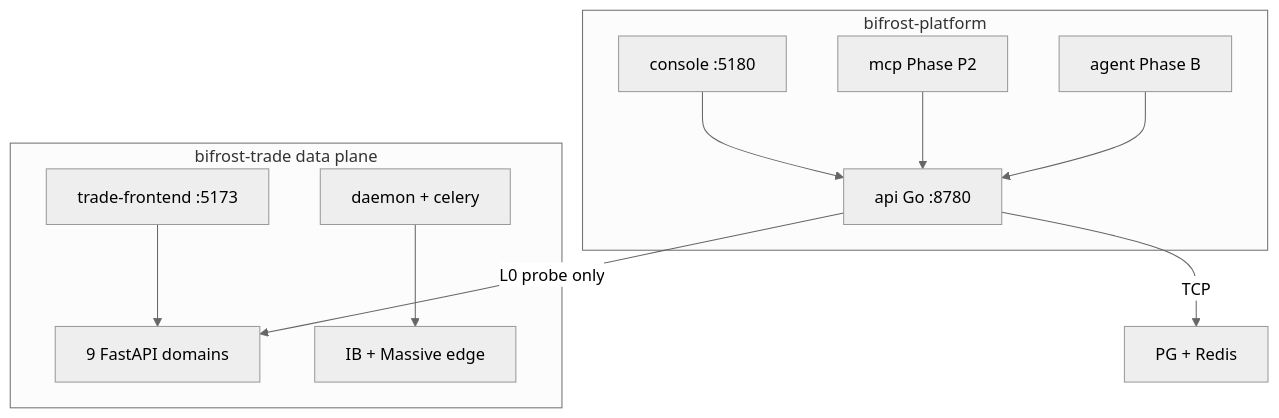
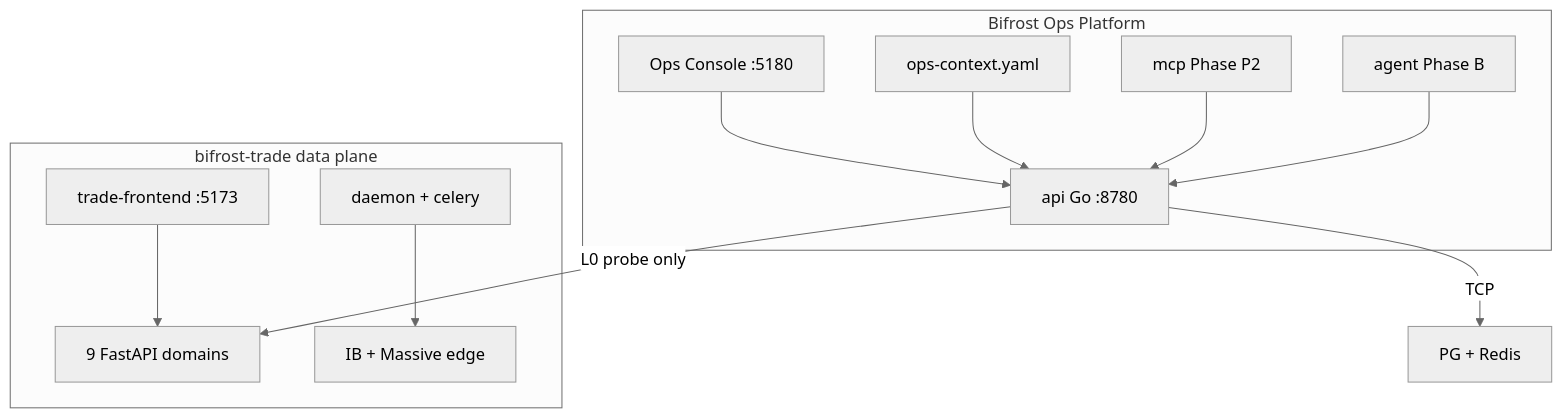
The diagram in docs/ARCHITECTURE.md (weitingzhao/bifrost-platform), drawn with Mermaid (neutral theme) before and after one commit. The commit also changed other lines of this file and 35 other files, not shown here.

First line of the commit message:
Refactor and enhance Bifrost Ops Platform documentation and functionality

````diff
--- a/docs/ARCHITECTURE.md
+++ b/docs/ARCHITECTURE.md
@@ -5,22 +5,24 @@
 ```mermaid
 flowchart TB
-  subgraph platform [bifrost-platform]
-    Console[console :5180]
+  subgraph platform [Bifrost Ops Platform]
+    Console[Ops Console :5180]
     API[api Go :8780]
+    Spine[ops-context.yaml]
     MCP[mcp Phase P2]
     Agent[agent Phase B]
   end
   subgraph trade [bifrost-trade data plane]
     FE[trade-frontend :5173]
     APIs[9 FastAPI domains]
     Worker[daemon + celery]
     Socket[IB + Massive edge]
   end
   Console --> API
+  Spine --> API
   MCP --> API
   Agent --> API
   API -->|"L0 probe only"| APIs
   API -->|"TCP"| PGRedis[PG + Redis]
   FE --> APIs
   Worker --> Socket
 ```
````
